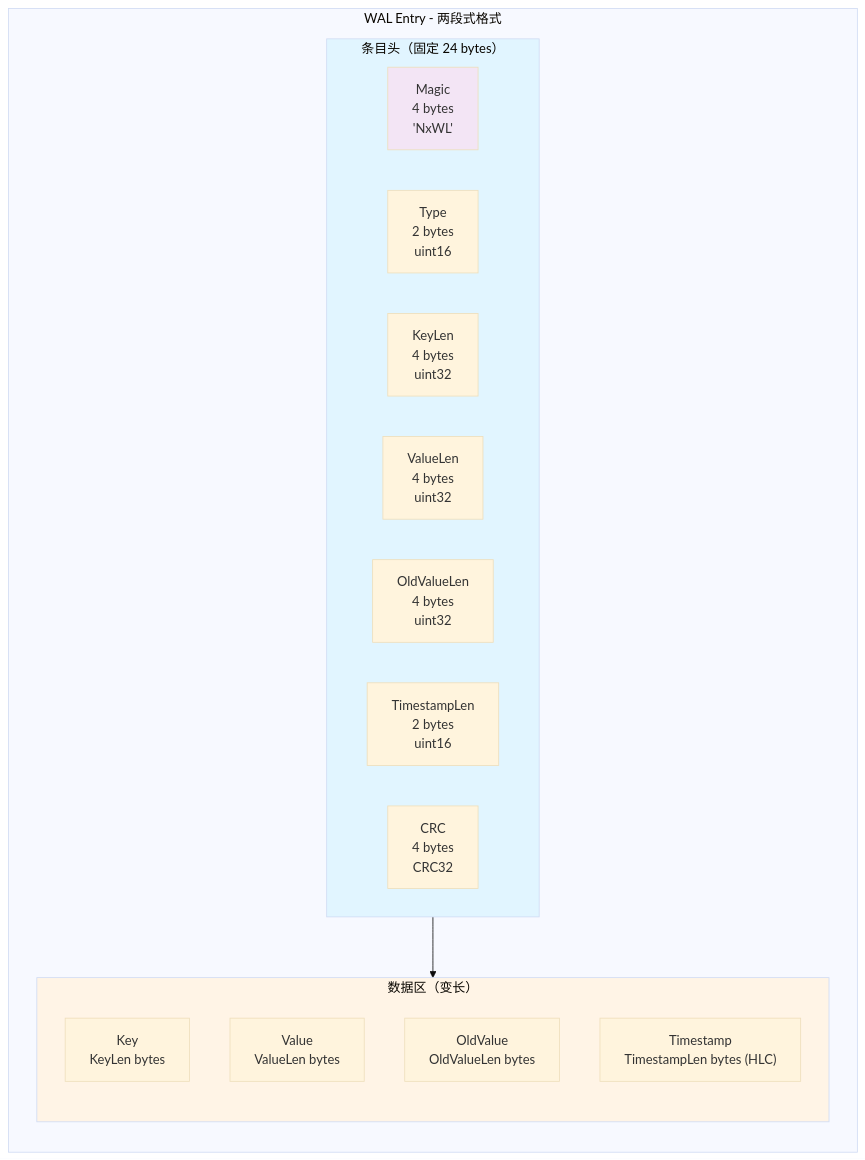
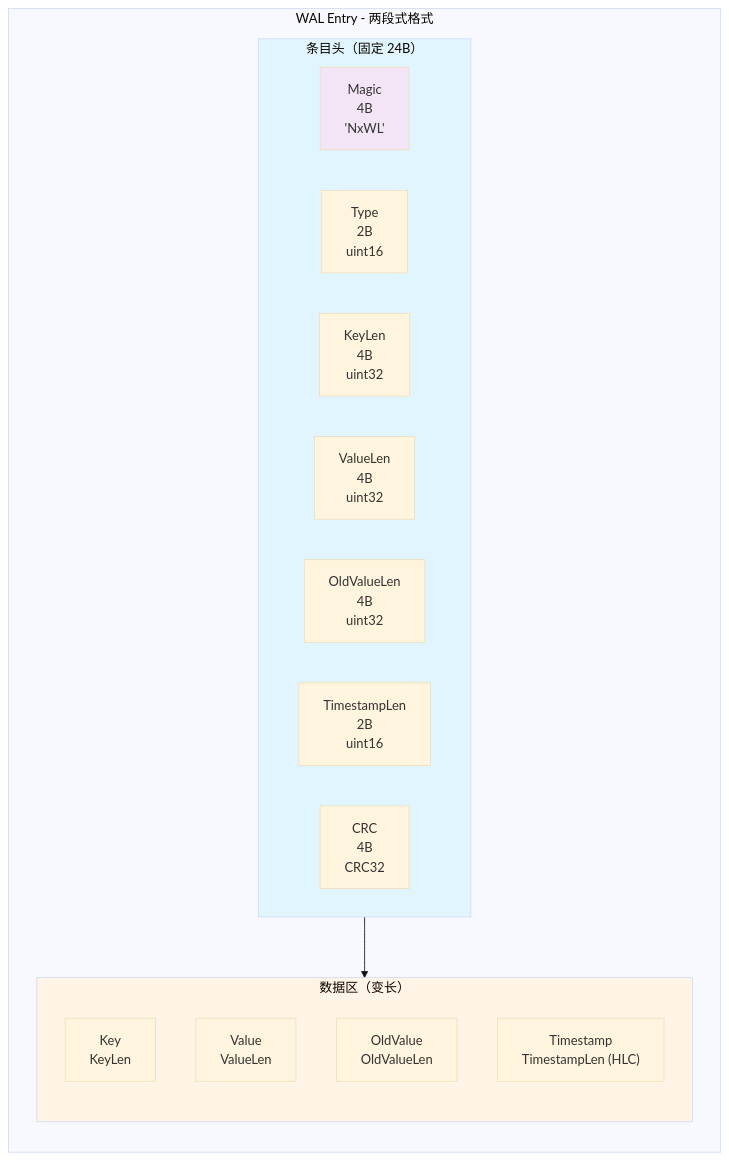
The third of 8 diagrams in docs/06_project_management/pr_documents/feature/2026-01-19_PR-003_WAL_Checkpoint_机制实现_Pre.md (jzhang405/NexKV), drawn with Mermaid (base theme) before and after one commit. The commit also changed other lines of this file, not shown here.

Commit message:
docs(pr-003): 统一图表格式，bytes 改为 B
- 所有图表中 'bytes' 改为 'B' (如 4B, 16B, 24B)
- 数据区字段去掉单位标注 (如 KeyLen 而非 KeyLen bytes)
- 保持格式简洁一致

````diff
--- a/docs/06_project_management/pr_documents/feature/2026-01-19_PR-003_WAL_Checkpoint_机制实现_Pre.md
+++ b/docs/06_project_management/pr_documents/feature/2026-01-19_PR-003_WAL_Checkpoint_机制实现_Pre.md
@@ -245,31 +245,31 @@
 ```mermaid
 flowchart TD
     subgraph WALEntry["WAL Entry - 两段式格式"]
         direction TB
 
-        subgraph Header["条目头（固定 24 bytes）"]
+        subgraph Header["条目头（固定 24B）"]
             direction LR
-            H1["Magic<br/>4 bytes<br/>'NxWL'"]
-            H2["Type<br/>2 bytes<br/>uint16"]
-            H3["KeyLen<br/>4 bytes<br/>uint32"]
-            H4["ValueLen<br/>4 bytes<br/>uint32"]
-            H5["OldValueLen<br/>4 bytes<br/>uint32"]
-            H6["TimestampLen<br/>2 bytes<br/>uint16"]
-            H7["CRC<br/>4 bytes<br/>CRC32"]
+            H1["Magic<br/>4B<br/>'NxWL'"]
+            H2["Type<br/>2B<br/>uint16"]
+            H3["KeyLen<br/>4B<br/>uint32"]
+            H4["ValueLen<br/>4B<br/>uint32"]
+            H5["OldValueLen<br/>4B<br/>uint32"]
+            H6["TimestampLen<br/>2B<br/>uint16"]
+            H7["CRC<br/>4B<br/>CRC32"]
         end
 
         subgraph Data["数据区（变长）"]
             direction TB
-            D1["Key<br/>KeyLen bytes"]
-            D2["Value<br/>ValueLen bytes"]
-            D3["OldValue<br/>OldValueLen bytes"]
-            D4["Timestamp<br/>TimestampLen bytes (HLC)"]
+            D1["Key<br/>KeyLen"]
+            D2["Value<br/>ValueLen"]
+            D3["OldValue<br/>OldValueLen"]
+            D4["Timestamp<br/>TimestampLen (HLC)"]
         end
 
         Header --> Data
     end
 
     style Header fill:#e1f5ff
     style Data fill:#fff4e6
     style H1 fill:#f3e5f5
 ```
````
